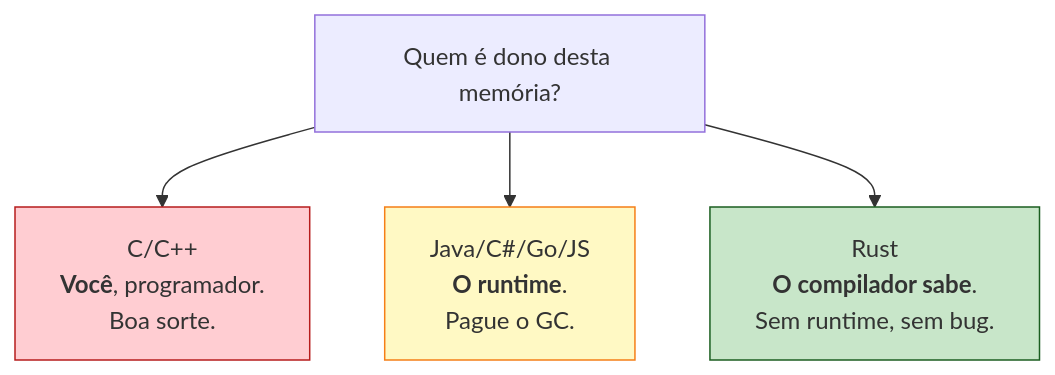
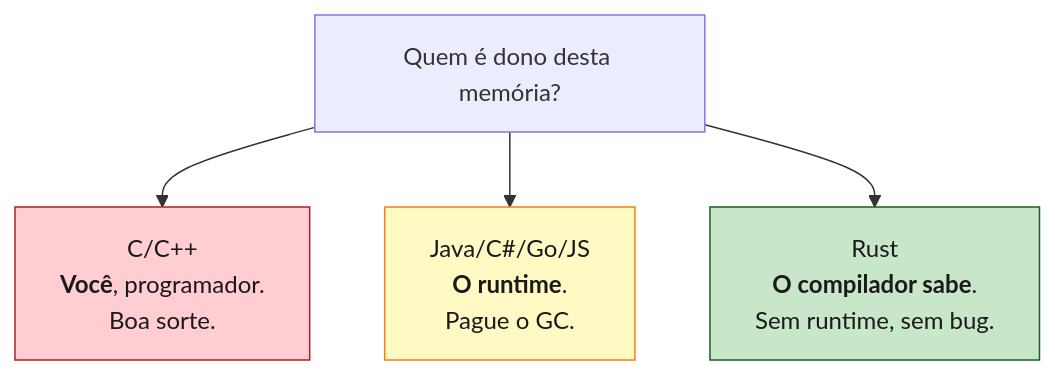
One commit to Felipeness/ferro-e-espirito changed the diagram in book/part-01-genesis/ch01-por-que-rust-existe.md. Above: the diagram before and after it, drawn with Mermaid. The commit also changed 56 other files, not shown here.

First line of the commit message:
fix: contraste de texto em diagramas mermaid

````diff
--- a/book/part-01-genesis/ch01-por-que-rust-existe.md
+++ b/book/part-01-genesis/ch01-por-que-rust-existe.md
@@ -63,12 +63,12 @@
 ```mermaid
 graph TB
     Q[Quem é dono desta memória?]
 
     Q --> C["C/C++<br/><b>Você</b>, programador.<br/>Boa sorte."]
     Q --> Java["Java/C#/Go/JS<br/><b>O runtime</b>.<br/>Pague o GC."]
     Q --> Rust["Rust<br/><b>O compilador sabe</b>.<br/>Sem runtime, sem bug."]
 
-    style C fill:#ffcdd2,stroke:#b71c1c
-    style Java fill:#fff9c4,stroke:#f57f17
-    style Rust fill:#c8e6c9,stroke:#1b5e20
+    style C fill:#ffcdd2,stroke:#b71c1c,color:#1a1a1a
+    style Java fill:#fff9c4,stroke:#f57f17,color:#1a1a1a
+    style Rust fill:#c8e6c9,stroke:#1b5e20,color:#1a1a1a
 ```
````
